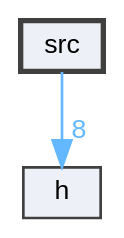
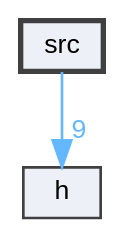
One commit to ekmett/ein changed the diagram in dir_68267d1309a1af8e8297ef4c3efbcdba_dep.dot. Above: the diagram before and after it, drawn with Graphviz. The commit also changed 274 other files, not shown here.

```diff
--- a/dir_68267d1309a1af8e8297ef4c3efbcdba_dep.dot
+++ b/dir_68267d1309a1af8e8297ef4c3efbcdba_dep.dot
@@ -1,12 +1,12 @@
 digraph "src"
 {
  // INTERACTIVE_SVG=YES
  // LATEX_PDF_SIZE
   bgcolor="transparent";
   edge [fontname=Helvetica,fontsize=10,labelfontname=Helvetica,labelfontsize=10];
   node [fontname=Helvetica,fontsize=10,shape=box,height=0.2,width=0.4];
   compound=true
   dir_68267d1309a1af8e8297ef4c3efbcdba [label="src", fillcolor="#edf0f7", color="grey25", style="filled,bold", URL="dir_68267d1309a1af8e8297ef4c3efbcdba.html",tooltip="C++ modules."];
   dir_16883824a3a04b1a87f846f11415f5e2 [label="h", fillcolor="#edf0f7", color="grey25", style="filled", URL="dir_16883824a3a04b1a87f846f11415f5e2.html",tooltip="C++ headers."];
-  dir_68267d1309a1af8e8297ef4c3efbcdba->dir_16883824a3a04b1a87f846f11415f5e2 [headlabel="8", labeldistance=1.5 headhref="dir_000002_000000.html" href="dir_000002_000000.html" color="steelblue1" fontcolor="steelblue1"];
+  dir_68267d1309a1af8e8297ef4c3efbcdba->dir_16883824a3a04b1a87f846f11415f5e2 [headlabel="9", labeldistance=1.5 headhref="dir_000002_000000.html" href="dir_000002_000000.html" color="steelblue1" fontcolor="steelblue1"];
 }
```
